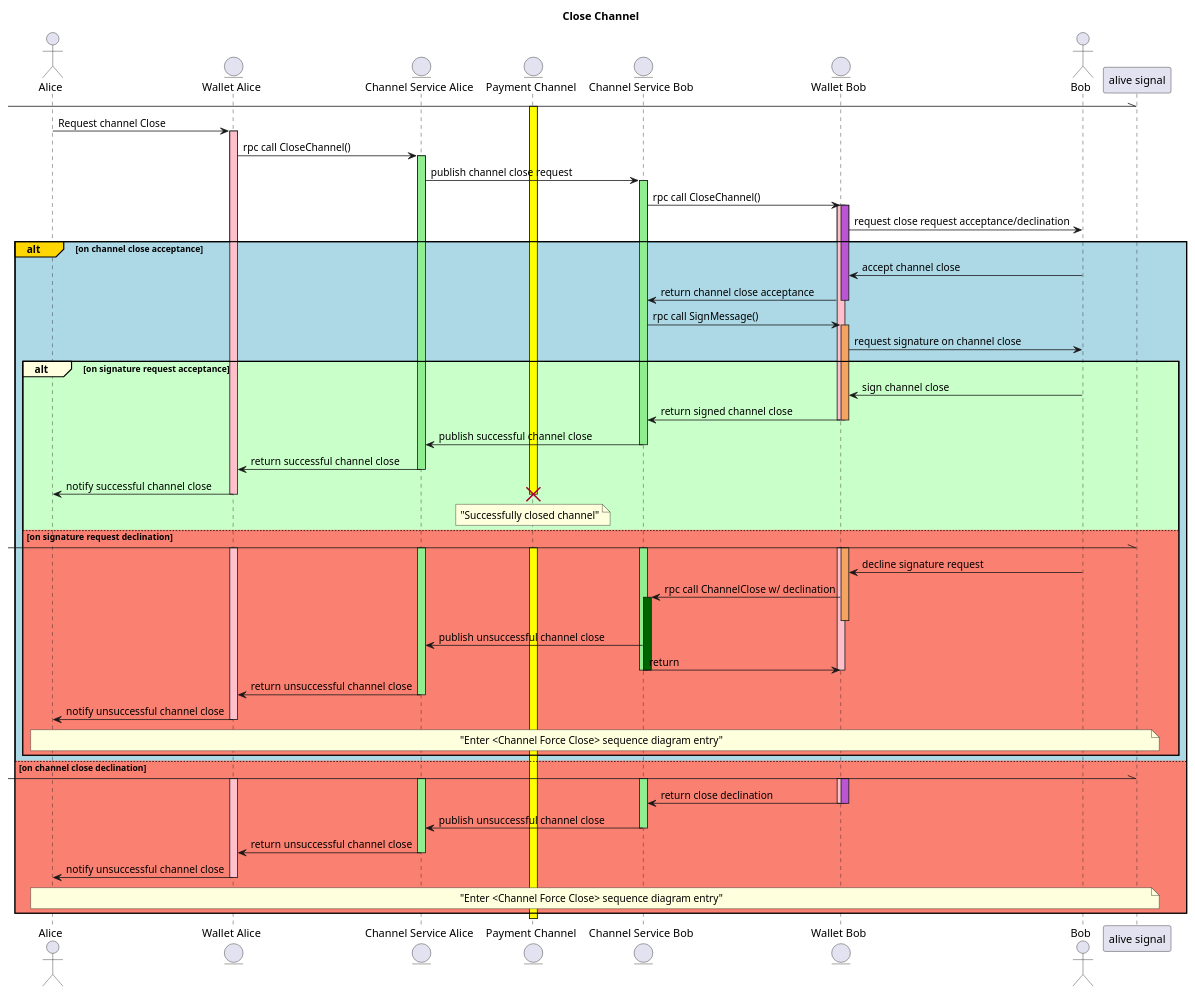
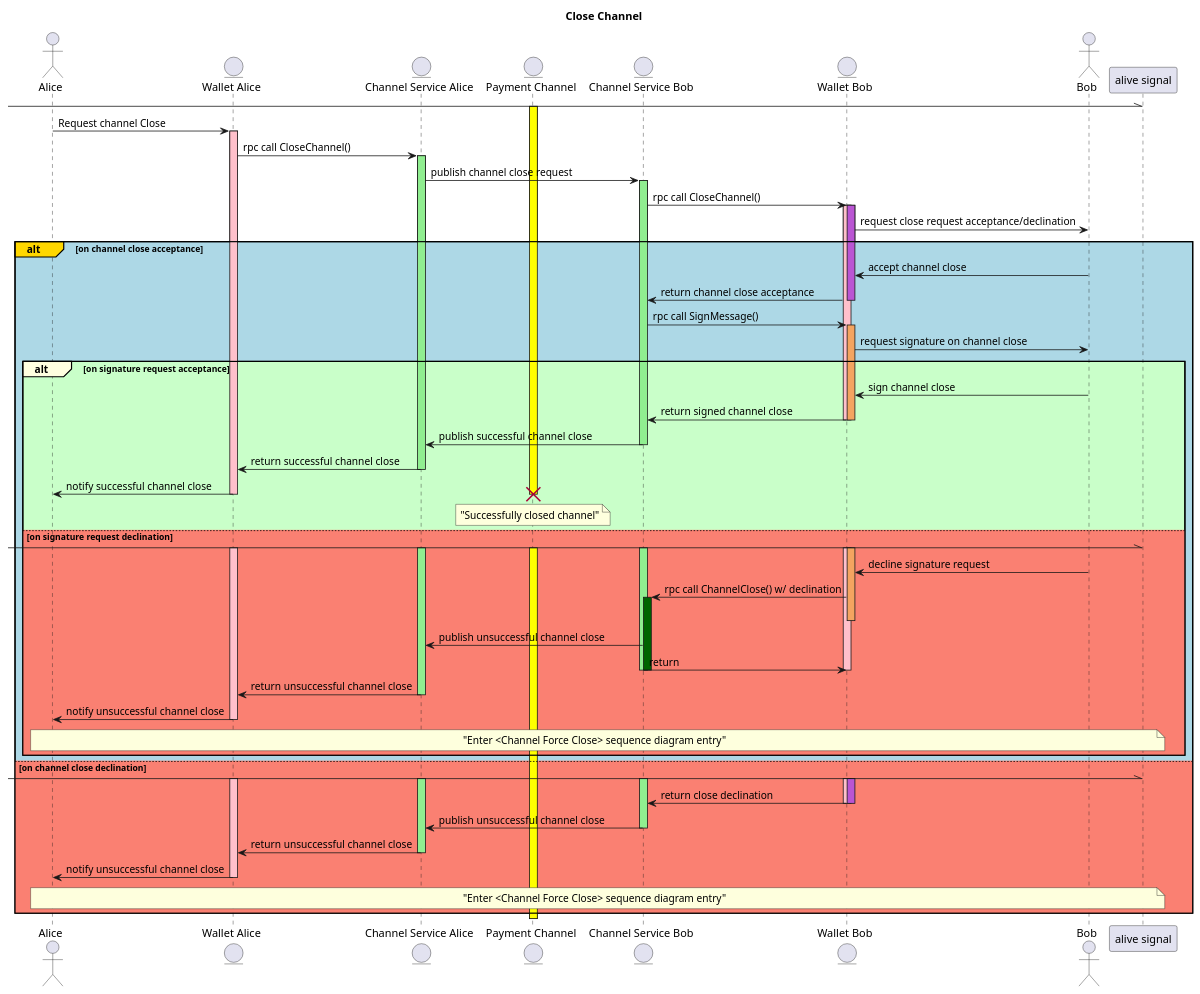
The diagram in src/sequence-close.pu (perun-network/perun-wallet-spec), drawn with PlantUML before and after one commit. The commit also changed 2 other files, not shown here.

Commit message:
sequence: Adjust rpc call naming

```diff
--- a/src/sequence-close.pu
+++ b/src/sequence-close.pu
@@ -1,88 +1,88 @@
 @startuml
 actor Alice as A
 entity "Wallet Alice" as WA
 entity "Channel Service Alice" as CSA
 entity "Payment Channel" as PC
 entity "Channel Service Bob" as CSB
 entity "Wallet Bob" as WB
 actor Bob as B
 
 title Close Channel
 
 [-\\ "alive signal"
 activate PC #yellow
 A -> WA : Request channel Close
 activate WA #pink
 WA -> CSA : rpc call CloseChannel()
 activate CSA #lightgreen
 CSA -> CSB : publish channel close request
 activate CSB #lightgreen
 CSB -> WB : rpc call CloseChannel()
 activate WB #pink
 activate WB #mediumorchid
 WB -> B : request close request acceptance/declination
 alt#gold #lightblue on channel close acceptance
   B -> WB : accept channel close
   WB -> CSB : return channel close acceptance
   deactivate WB
   CSB -> WB : rpc call SignMessage()
   activate WB #sandybrown
   WB -> B : request signature on channel close
   alt#lightyellow #technology  on signature request acceptance
     B -> WB : sign channel close
     WB -> CSB : return signed channel close
     deactivate WB
     deactivate WB
     CSB -> CSA : publish successful channel close
     deactivate CSB
     CSA -> WA : return successful channel close
     deactivate CSA
     WA -> A : notify successful channel close
     deactivate WA
     note over PC: "Successfully closed channel"
     destroy PC
   else #salmon on signature request declination
     [-\\ "alive signal"
     activate WB #pink
     activate WB #sandybrown
     activate CSB #lightgreen
     activate WA #pink
     activate CSA #lightgreen
     activate PC #yellow
     B -> WB : decline signature request
-    WB -> CSB : rpc call ChannelClose w/ declination
+    WB -> CSB : rpc call ChannelClose() w/ declination
     activate CSB #darkgreen
     deactivate WB
     CSB -> CSA : publish unsuccessful channel close
     CSB -> WB : return
     deactivate CSB
     deactivate CSB
     deactivate WB
     CSA -> WA : return unsuccessful channel close
     deactivate CSA
     WA -> A : notify unsuccessful channel close
     deactivate WA
     note across: "Enter <Channel Force Close> sequence diagram entry"
   end
 else #salmon on channel close declination
   [-\\ "alive signal"
   activate WB #pink
   activate WB #mediumorchid
   activate CSB #lightgreen
   activate WA #pink
   activate CSA #lightgreen
   WB -> CSB : return close declination
   deactivate WB
   deactivate WB
   CSB -> CSA : publish unsuccessful channel close
   deactivate CSB
   CSA -> WA : return unsuccessful channel close
   deactivate CSA
   WA -> A : notify unsuccessful channel close
   deactivate WA
   note across: "Enter <Channel Force Close> sequence diagram entry"
 end
 deactivate PC
 
 
 @enduml
```
